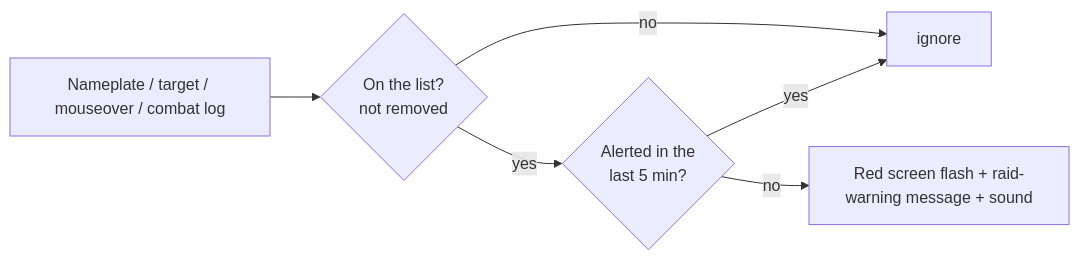
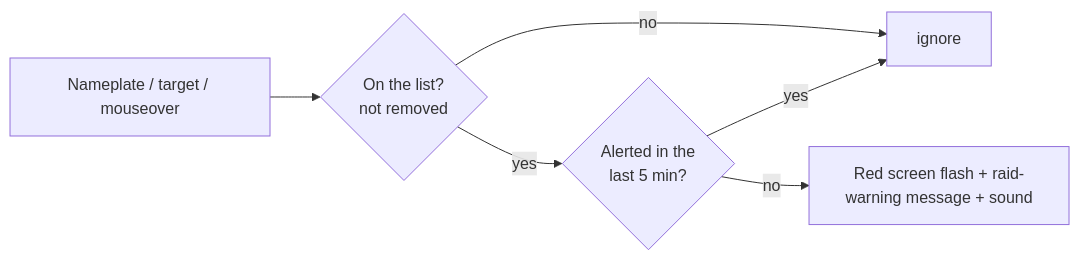
Before and after one commit to danielgospodinow/guild-vendetta: the fourth of 5 diagrams in README.md, drawn with Mermaid. The commit also changed other lines of this file and 11 other files, not shown here.

````diff
--- a/README.md
+++ b/README.md
@@ -152,8 +178,8 @@
 ```mermaid
 flowchart LR
-    S["Nameplate / target / mouseover / combat log"] --> M{On the list?<br/>not removed}
+    S["Nameplate / target / mouseover"] --> M{On the list?<br/>not removed}
     M -- no --> X[ignore]
     M -- yes --> C{Alerted in the<br/>last 5 min?}
     C -- yes --> X
     C -- no --> F["Red screen flash + raid-warning message + sound"]
 ```
````
